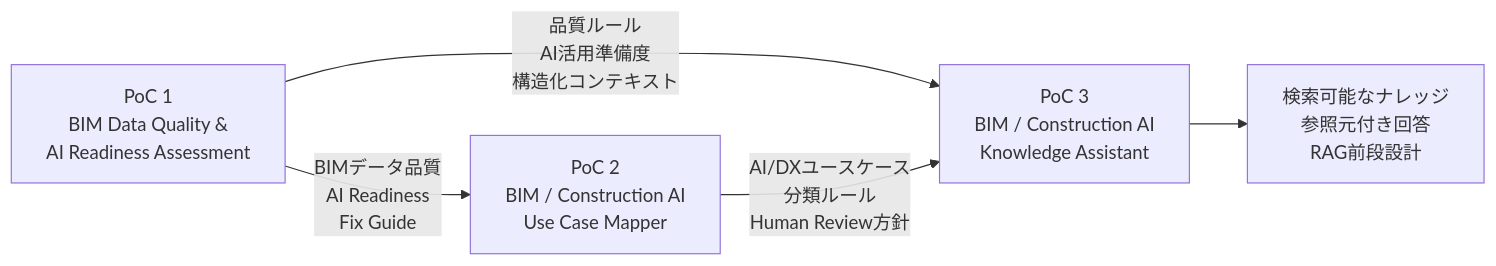
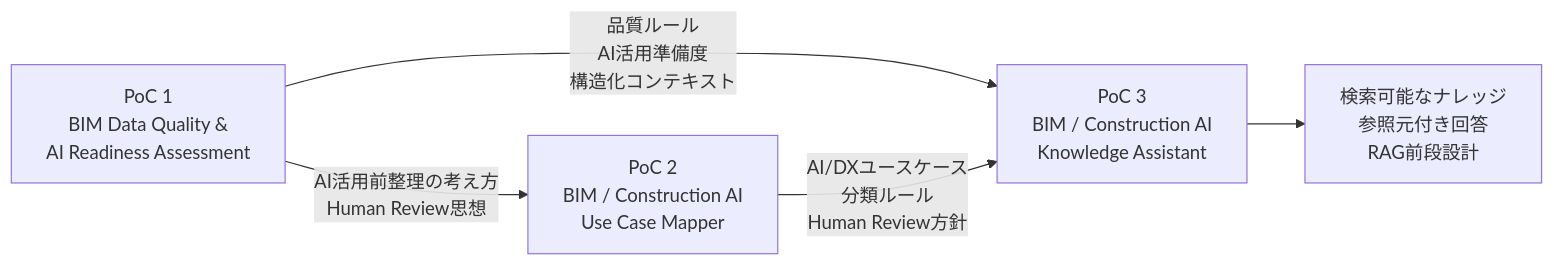
The diagram in portfolio_overview.md (takahashi-365/bim-construction-ai-portfolio), drawn with Mermaid before and after one commit. The commit also changed other lines of this file, not shown here.

````diff
--- a/portfolio_overview.md
+++ b/portfolio_overview.md
@@ -36,12 +36,12 @@
 ```mermaid
 flowchart LR
     POC1["PoC 1<br/>BIM Data Quality &<br/>AI Readiness Assessment"]
     POC2["PoC 2<br/>BIM / Construction AI<br/>Use Case Mapper"]
     POC3["PoC 3<br/>BIM / Construction AI<br/>Knowledge Assistant"]
 
-    POC1 -->|"BIMデータ品質<br/>AI Readiness<br/>Fix Guide"| POC2
+    POC1 -->|"AI活用前整理の考え方<br/>Human Review思想"| POC2
     POC1 -->|"品質ルール<br/>AI活用準備度<br/>構造化コンテキスト"| POC3
     POC2 -->|"AI/DXユースケース<br/>分類ルール<br/>Human Review方針"| POC3
 
     POC3 --> RESULT["検索可能なナレッジ<br/>参照元付き回答<br/>RAG前段設計"]
 ```
````
